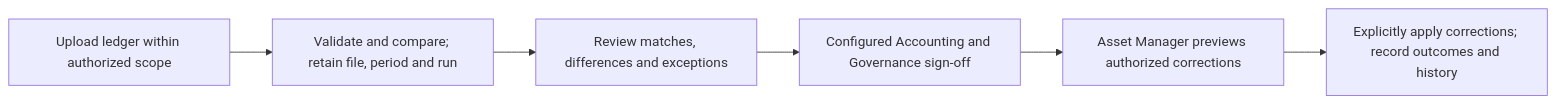
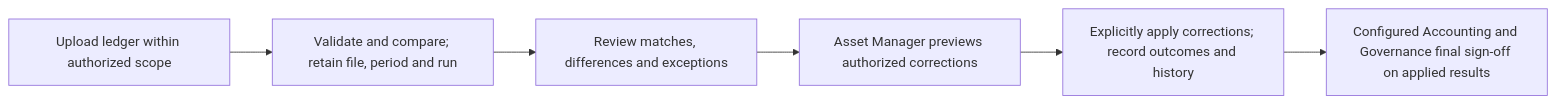
Before and after one commit to raflyhartantyo/lifecycle-asset-management-v2: the second of 2 diagrams in Others/requirements/BUSINESS-PROCESSES.md, drawn with Mermaid. The commit also changed other lines of this file and 21 other files, not shown here.

Commit message:
Apply reconciliation corrections before final sign-offs (D070)

````diff
--- a/Others/requirements/BUSINESS-PROCESSES.md
+++ b/Others/requirements/BUSINESS-PROCESSES.md
@@ -88,8 +88,8 @@
 ```mermaid
 flowchart LR
     A[Upload ledger within authorized scope] --> B[Validate and compare; retain file, period and run]
     B --> C[Review matches, differences and exceptions]
-    C --> D[Configured Accounting and Governance sign-off]
-    D --> E[Asset Manager previews authorized corrections]
-    E --> F[Explicitly apply corrections; record outcomes and history]
+    C --> D[Asset Manager previews authorized corrections]
+    D --> E[Explicitly apply corrections; record outcomes and history]
+    E --> F[Configured Accounting and Governance final sign-off on applied results]
 ```
````
